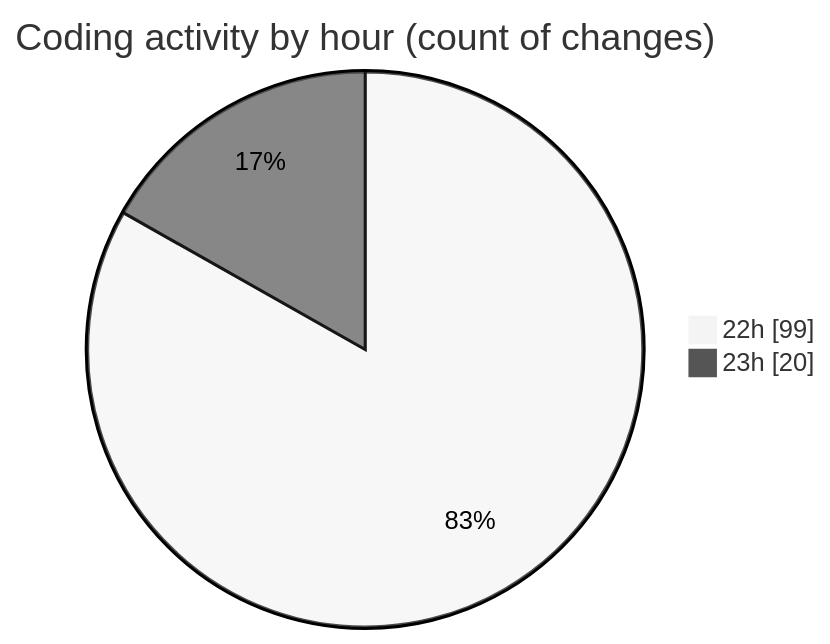
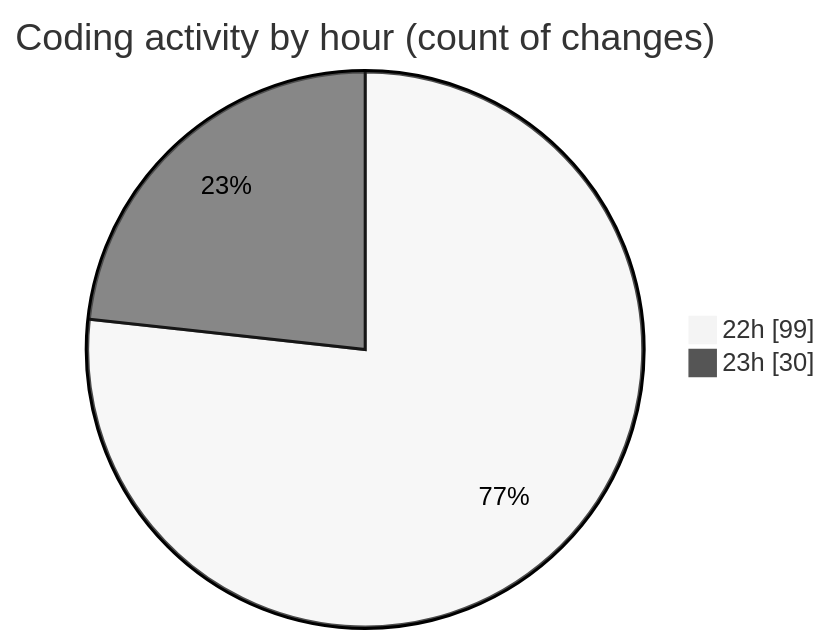
One commit to Ritupan-Deka/code-tracking changed the second of 2 diagrams in 2026-01-10/dsa/README.md. Above: the diagram before and after it, drawn with Mermaid (neutral theme). The commit also changed other lines of this file and 1 other file, not shown here.

````diff
--- a/2026-01-10/dsa/README.md
+++ b/2026-01-10/dsa/README.md
@@ -30,6 +30,6 @@
 ```mermaid
 pie showData
 title Coding activity by hour (count of changes)
 "22h" : 99
-"23h" : 20
+"23h" : 30
 ```
````
